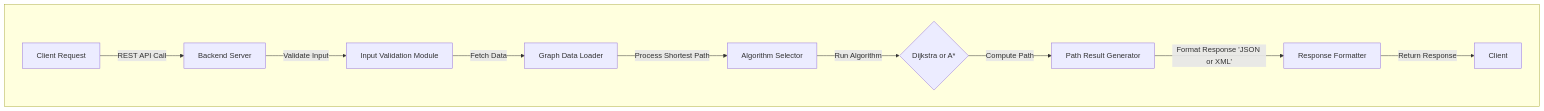
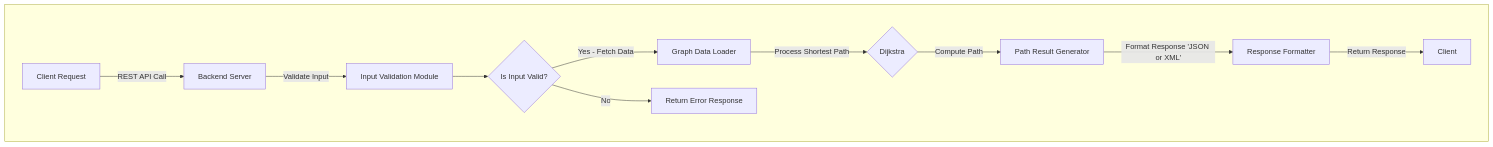
Before and after one commit to algosup/2024-2025-project-3-quickest-path-team-5: the first of 2 diagrams in documents/technical_specifications/TechnicalSpecifications.md, drawn with Mermaid. The commit also changed other lines of this file, not shown here.

Commit message:
reworked flowchart + adding easteregg everywhere + removing A* everywhere + fixing title mistakes

````diff
--- a/documents/technical_specifications/TechnicalSpecifications.md
+++ b/documents/technical_specifications/TechnicalSpecifications.md
@@ -307,13 +284,25 @@
 ```mermaid
 graph TD  
+  A[Client Request]
+  B[Backend Server] 
+  C[Input Validation Module]
+  D[Graph Data Loader]
+  F{Dijkstra}
+  G[Path Result Generator]
+  H[Response Formatter]
+  I[Client]
+  J{Is Input Valid?}
+  K[Return Error Response]
+
   subgraph  
-    A[Client Request] -->|REST API Call| B[Backend Server]  
-    B -->|Validate Input| C[Input Validation Module]  
-    C -->|Fetch Data| D[Graph Data Loader]  
-    D -->|Process Shortest Path| E[Algorithm Selector]  
-    E -->|Run Algorithm| F{Dijkstra or A*}  
-    F -->|Compute Path| G[Path Result Generator]  
-    G -->|Format Response 'JSON or XML'| H[Response Formatter]  
-    H -->|Return Response| I[Client]  
+    A -- REST API Call --> B 
+    B -- Validate Input --> C 
+    J -- Yes - Fetch Data --> D
+    D -- Process Shortest Path --> F 
+    F -- Compute Path --> G  
+    G -- Format Response 'JSON or XML' --> H 
+    H -- Return Response --> I  
+    C --> J 
+    J -- No --> K   
   end
 ```
````
